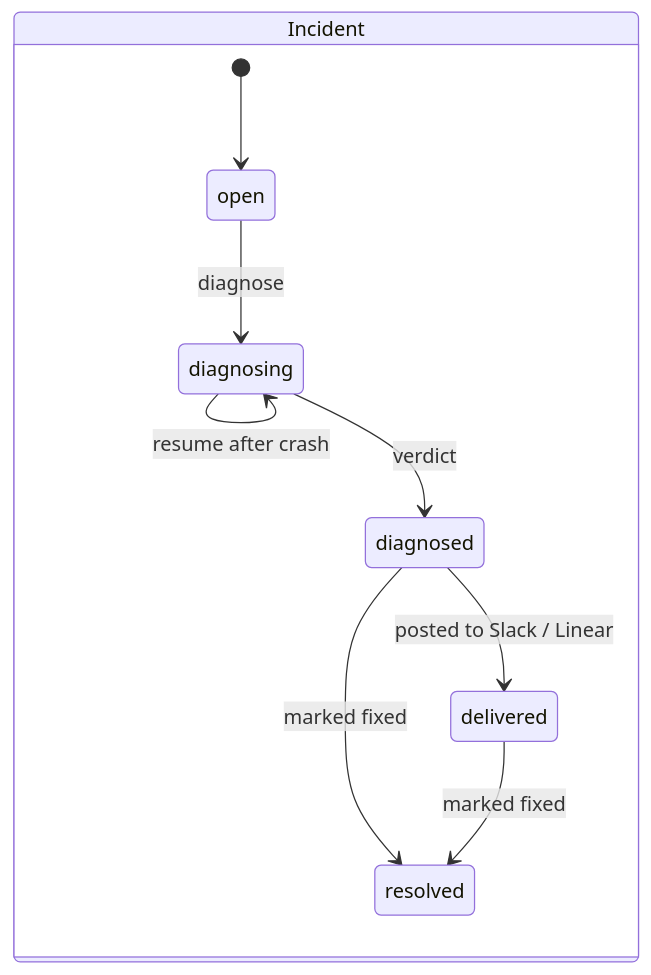
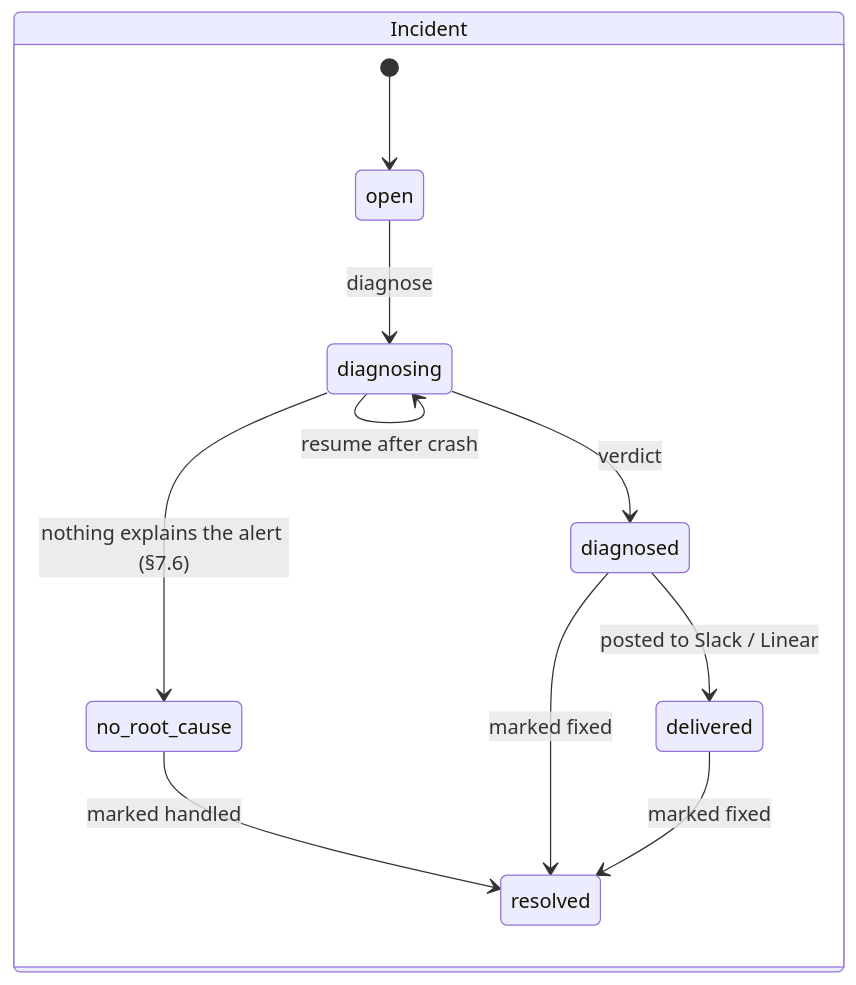
Before and after one commit to Prateek1771/epicenter: the third of 4 diagrams in LLD.md, drawn with Mermaid. The commit also changed other lines of this file and 8 other files, not shown here.

````diff
--- a/LLD.md
+++ b/LLD.md
@@ -329,13 +463,15 @@
 ```mermaid
 stateDiagram-v2
     direction LR
     state "Incident" as I {
         [*] --> open
         open --> diagnosing: diagnose
         diagnosing --> diagnosed: verdict
+        diagnosing --> no_root_cause: nothing explains the alert (§7.6)
         diagnosing --> diagnosing: resume after crash
+        no_root_cause --> resolved: marked handled
         diagnosed --> delivered: posted to Slack / Linear
         diagnosed --> resolved: marked fixed
         delivered --> resolved: marked fixed
     }
 ```
````
